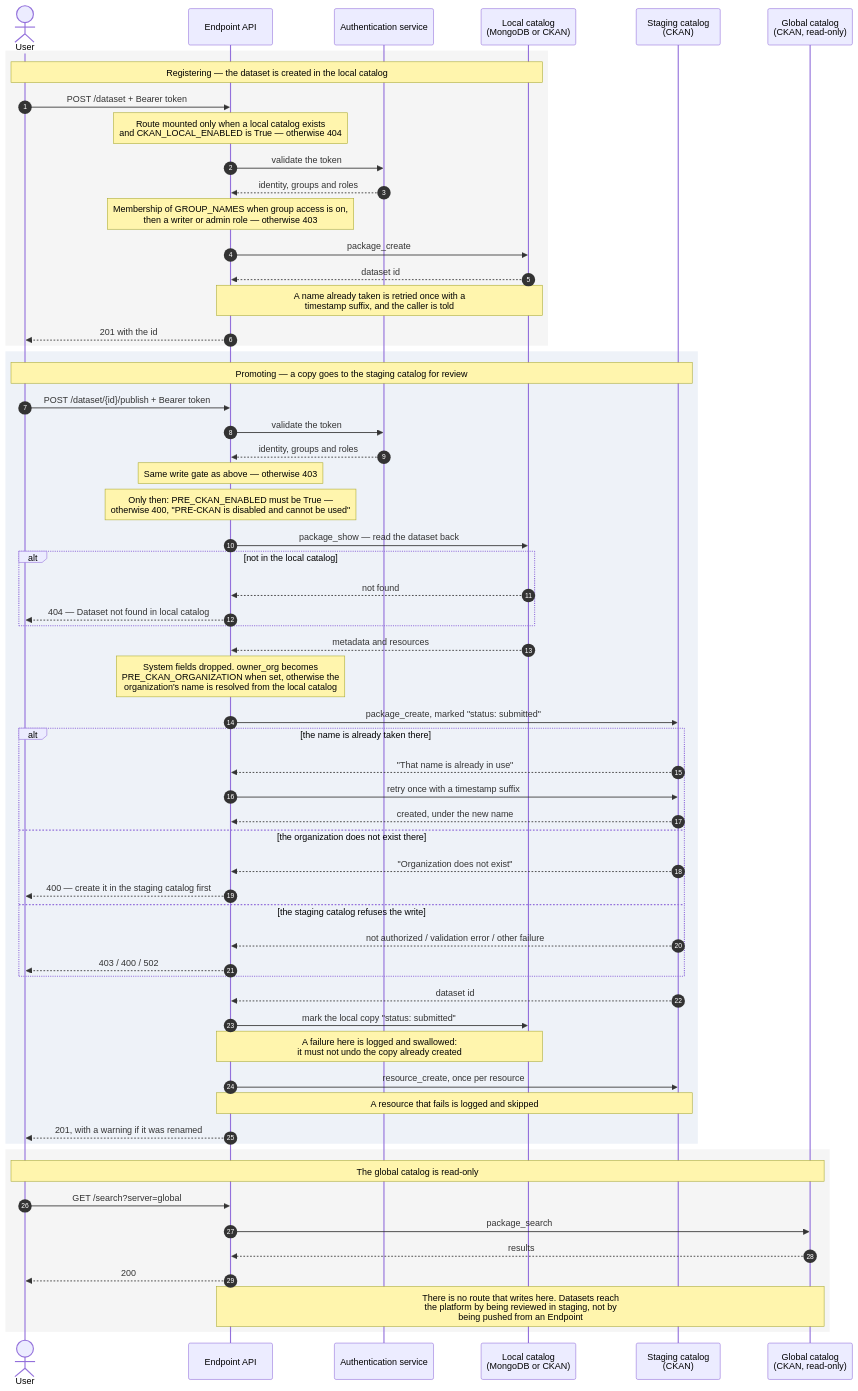
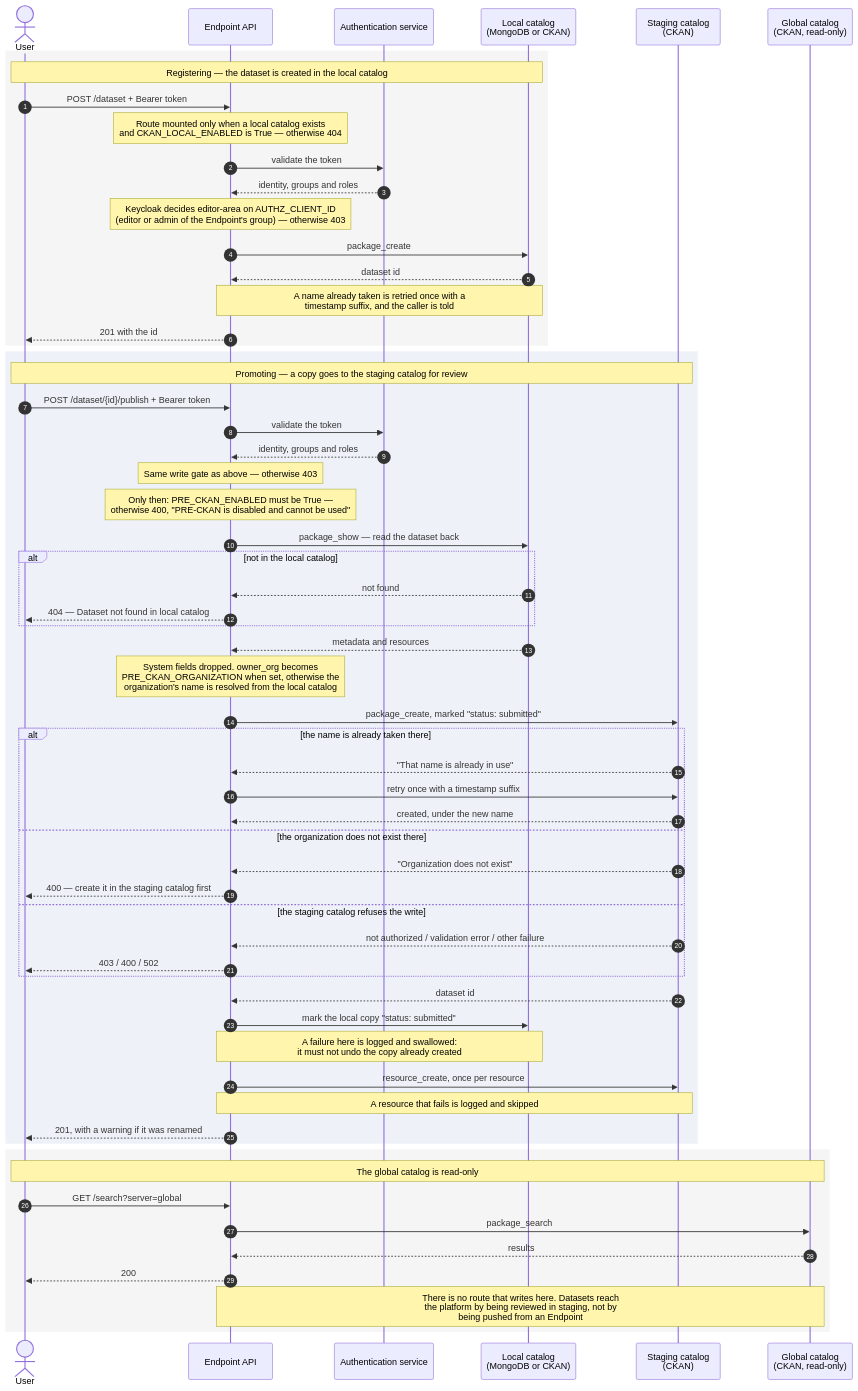
The diagram in docs/sequence-diagrams/publishing-a-dataset.md (national-data-platform/ep-api), drawn with Mermaid before and after one commit. The commit also changed other lines of this file and 25 other files, not shown here.

Commit message:
Refactor access control and documentation for Endpoint roles and permissions

````diff
--- a/docs/sequence-diagrams/publishing-a-dataset.md
+++ b/docs/sequence-diagrams/publishing-a-dataset.md
@@ -16,66 +16,66 @@
 ```mermaid
 sequenceDiagram
     autonumber
     actor User
     participant EP as Endpoint API
     participant AAI as Authentication service
     participant Local as Local catalog<br/>(MongoDB or CKAN)
     participant Pre as Staging catalog<br/>(CKAN)
     participant Global as Global catalog<br/>(CKAN, read-only)
 
     rect rgb(245, 245, 245)
     Note over User,Local: Registering — the dataset is created in the local catalog
     User->>EP: POST /dataset + Bearer token
     Note over EP: Route mounted only when a local catalog exists<br/>and CKAN_LOCAL_ENABLED is True — otherwise 404
     EP->>AAI: validate the token
     AAI-->>EP: identity, groups and roles
-    Note over EP: Membership of GROUP_NAMES when group access is on,<br/>then a writer or admin role — otherwise 403
+    Note over EP: Keycloak decides editor-area on AUTHZ_CLIENT_ID<br/>(editor or admin of the Endpoint's group) — otherwise 403
     EP->>Local: package_create
     Local-->>EP: dataset id
     Note over EP,Local: A name already taken is retried once with a<br/>timestamp suffix, and the caller is told
     EP-->>User: 201 with the id
     end
 
     rect rgb(238, 242, 248)
     Note over User,Pre: Promoting — a copy goes to the staging catalog for review
     User->>EP: POST /dataset/{id}/publish + Bearer token
     EP->>AAI: validate the token
     AAI-->>EP: identity, groups and roles
     Note over EP: Same write gate as above — otherwise 403
     Note over EP: Only then: PRE_CKAN_ENABLED must be True —<br/>otherwise 400, "PRE-CKAN is disabled and cannot be used"
     EP->>Local: package_show — read the dataset back
     alt not in the local catalog
         Local-->>EP: not found
         EP-->>User: 404 — Dataset not found in local catalog
     end
     Local-->>EP: metadata and resources
     Note over EP: System fields dropped. owner_org becomes<br/>PRE_CKAN_ORGANIZATION when set, otherwise the<br/>organization's name is resolved from the local catalog
     EP->>Pre: package_create, marked "status: submitted"
     alt the name is already taken there
         Pre-->>EP: "That name is already in use"
         EP->>Pre: retry once with a timestamp suffix
         Pre-->>EP: created, under the new name
     else the organization does not exist there
         Pre-->>EP: "Organization does not exist"
         EP-->>User: 400 — create it in the staging catalog first
     else the staging catalog refuses the write
         Pre-->>EP: not authorized / validation error / other failure
         EP-->>User: 403 / 400 / 502
     end
     Pre-->>EP: dataset id
     EP->>Local: mark the local copy "status: submitted"
     Note over EP,Local: A failure here is logged and swallowed:<br/>it must not undo the copy already created
     EP->>Pre: resource_create, once per resource
     Note over EP,Pre: A resource that fails is logged and skipped
     EP-->>User: 201, with a warning if it was renamed
     end
 
     rect rgb(245, 245, 245)
     Note over User,Global: The global catalog is read-only
     User->>EP: GET /search?server=global
     EP->>Global: package_search
     Global-->>EP: results
     EP-->>User: 200
     Note over EP,Global: There is no route that writes here. Datasets reach<br/>the platform by being reviewed in staging, not by<br/>being pushed from an Endpoint
     end
 ```
````
